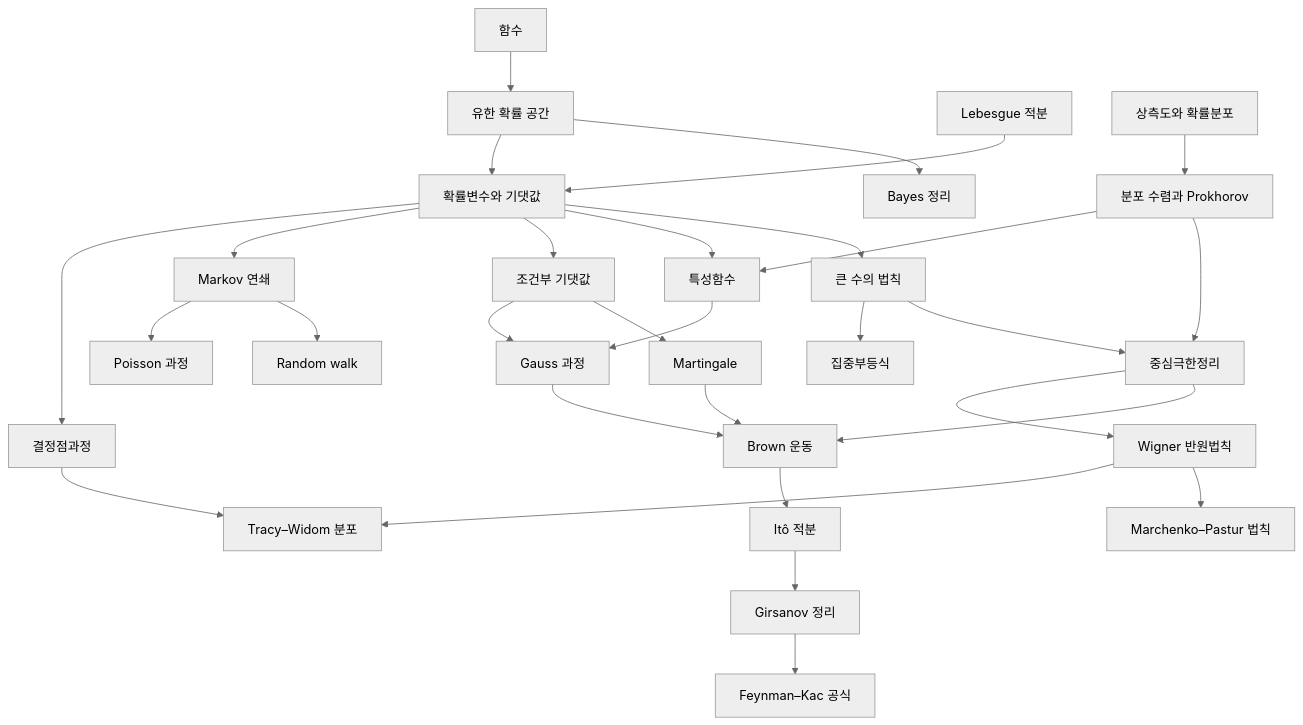
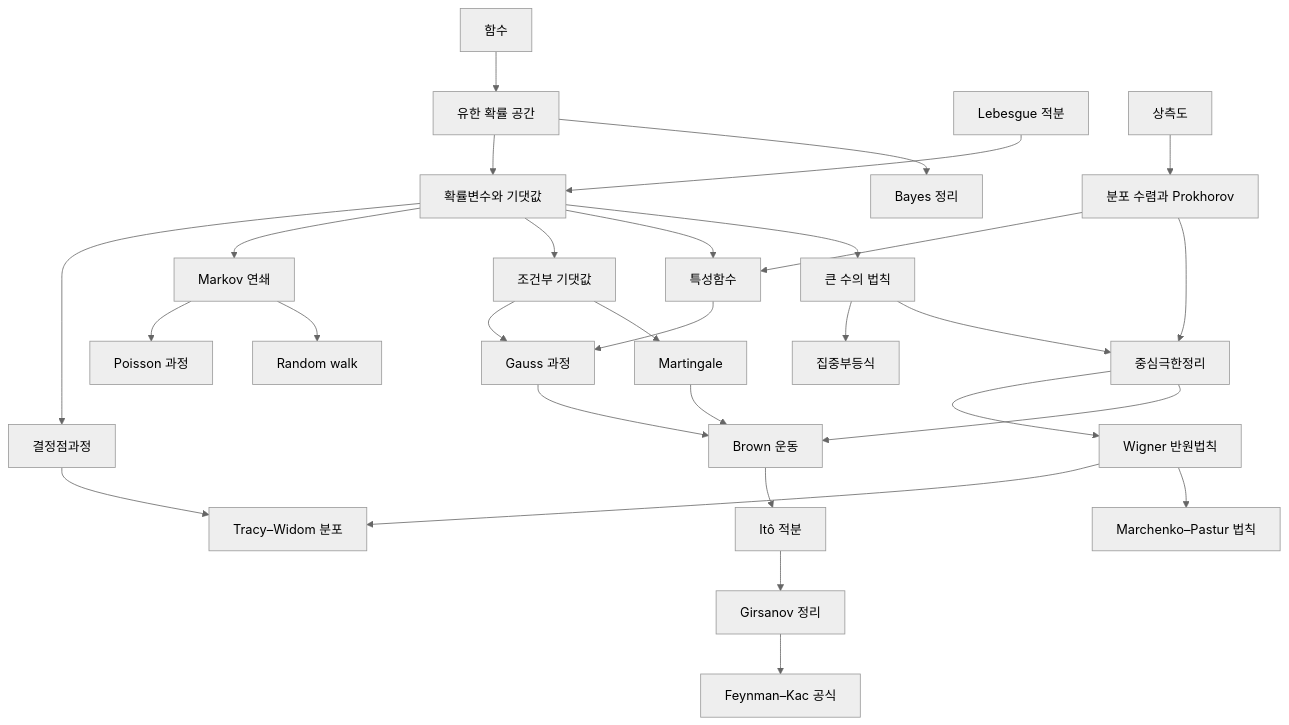
Before and after one commit to Phryxia/math-map: the diagram in docs/probability-overview.md, drawn with Mermaid (neutral theme). The commit also changed 49 other files, not shown here.

````diff
--- a/docs/probability-overview.md
+++ b/docs/probability-overview.md
@@ -13,32 +13,32 @@
 ```mermaid
 graph TD
   FN["함수"] --> PR["유한 확률 공간"]
   PR --> BY["Bayes 정리"]
   PR --> RV["확률변수와 기댓값"]
   LI["Lebesgue 적분"] --> RV
-  PM["상측도와 확률분포"] --> WC["분포 수렴과 Prokhorov"]
+  PM["상측도"] --> WC["분포 수렴과 Prokhorov"]
   RV --> LLN["큰 수의 법칙"]
   LLN --> CLT["중심극한정리"]
   WC --> CLT
   WC --> CF["특성함수"]
   RV --> CF
   LLN --> CI["집중부등식"]
   RV --> CE["조건부 기댓값"]
   CE --> MG["Martingale"]
   RV --> MC["Markov 연쇄"]
   MC --> RW["Random walk"]
   MC --> PP["Poisson 과정"]
   MG --> BM["Brown 운동"]
   CLT --> BM
   BM --> IT["Itô 적분"]
   IT --> GS["Girsanov 정리"]
   GS --> FK["Feynman–Kac 공식"]
   CLT --> WS["Wigner 반원법칙"]
   WS --> MP["Marchenko–Pastur 법칙"]
   WS --> TW["Tracy–Widom 분포"]
   RV --> DPP["결정점과정"]
   DPP --> TW
   CF --> GP["Gauss 과정"]
   CE --> GP
   GP --> BM
 ```
````
